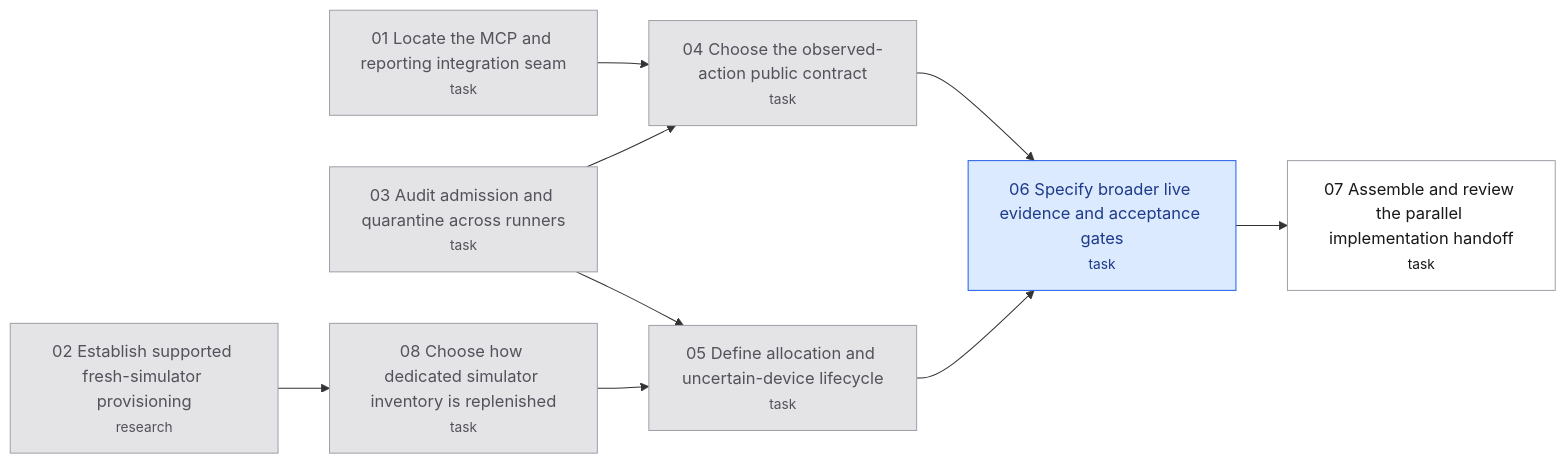
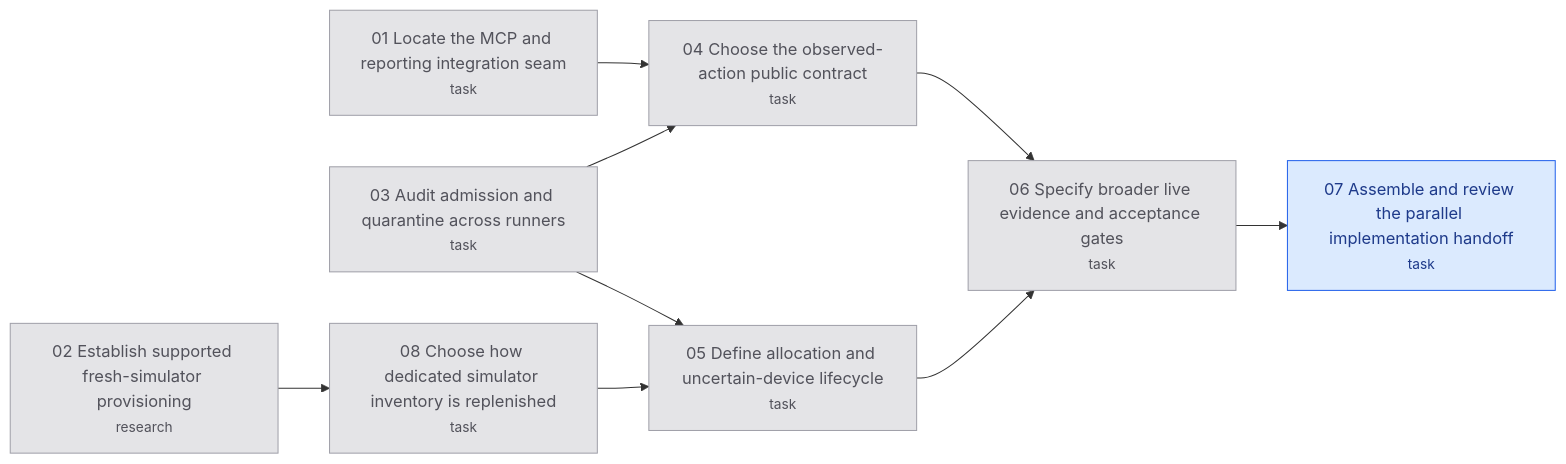
One commit to hugues-vnsgn/jev-ios-bridge changed the diagram in .scratch/observed-integration/map.md. Above: the diagram before and after it, drawn with Mermaid. The commit also changed other lines of this file and 5 other files, not shown here.

````diff
--- a/.scratch/observed-integration/map.md
+++ b/.scratch/observed-integration/map.md
@@ -41,26 +43,25 @@
 ```mermaid
 flowchart LR
     T01["01 Locate the MCP and reporting integration seam<br/><small>task</small>"]
     T02["02 Establish supported fresh-simulator provisioning<br/><small>research</small>"]
     T03["03 Audit admission and quarantine across runners<br/><small>task</small>"]
     T04["04 Choose the observed-action public contract<br/><small>task</small>"]
     T05["05 Define allocation and uncertain-device lifecycle<br/><small>task</small>"]
     T06["06 Specify broader live evidence and acceptance gates<br/><small>task</small>"]
     T07["07 Assemble and review the parallel implementation handoff<br/><small>task</small>"]
     T08["08 Choose how dedicated simulator inventory is replenished<br/><small>task</small>"]
     T01 --> T04
     T03 --> T04
     T03 --> T05
     T08 --> T05
     T04 --> T06
     T05 --> T06
     T06 --> T07
     T02 --> T08
     classDef resolved fill:#e4e4e7,stroke:#a1a1aa,color:#52525b
     classDef claimed fill:#dbeafe,stroke:#2563eb,color:#1e3a8a
     classDef frontier fill:#dcfce7,stroke:#16a34a,color:#14532d,stroke-width:2px
     classDef blocked fill:#ffffff,stroke:#a1a1aa,color:#18181b
-    class T01,T02,T03,T04,T05,T08 resolved
-    class T06 claimed
-    class T07 blocked
+    class T01,T02,T03,T04,T05,T06,T08 resolved
+    class T07 claimed
 ```
````
